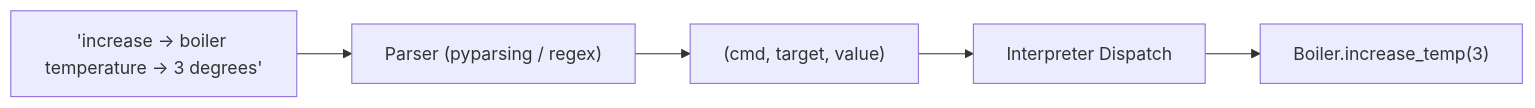
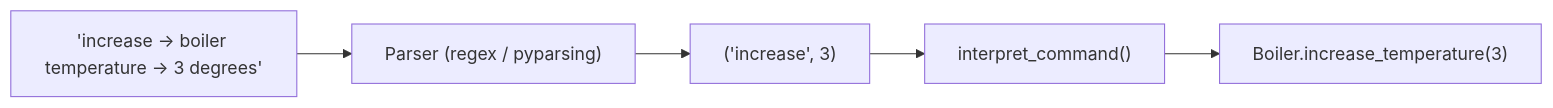
The diagram in python-design-patterns/behavioral/interpreter.md (SanjayR857/All-in-One-Notes), drawn with Mermaid before and after one commit. The commit also changed other lines of this file and 40 other files, not shown here.

````diff
--- a/python-design-patterns/behavioral/interpreter.md
+++ b/python-design-patterns/behavioral/interpreter.md
@@ -25,7 +33,7 @@
 ```mermaid
 flowchart LR
-    Input["'increase -> boiler temperature -> 3 degrees'"] --> Parser["Parser (pyparsing / regex)"]
-    Parser --> AST["(cmd, target, value)"]
-    AST --> Interp["Interpreter Dispatch"]
-    Interp --> Boiler["Boiler.increase_temp(3)"]
+    DSL["'increase -> boiler temperature -> 3 degrees'"] --> Parse["Parser (regex / pyparsing)"]
+    Parse --> Tokens["('increase', 3)"]
+    Tokens --> Interp["interpret_command()"]
+    Interp --> Target["Boiler.increase_temperature(3)"]
 ```
````
